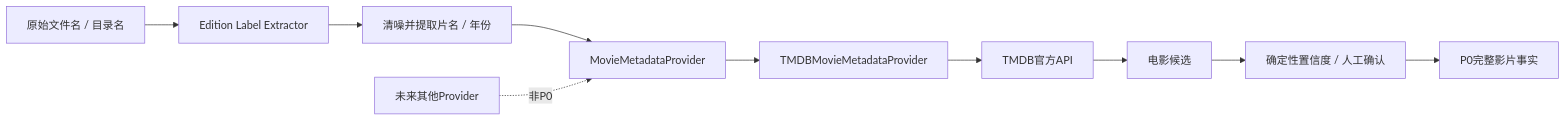
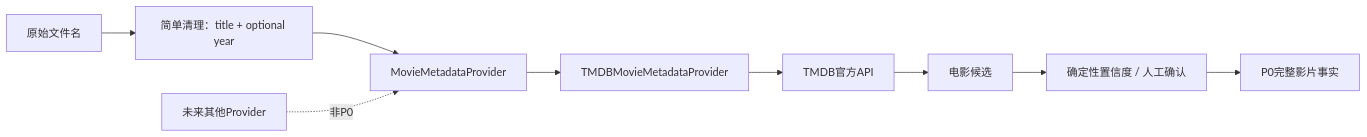
Before and after one commit to yuanchaoy03-dot/AI-Media-Center: diagram 22 of 30 in docs/02-系统架构设计文档.md, drawn with Mermaid. The commit also changed other lines of this file and 8 other files, not shown here.

````diff
--- a/docs/02-系统架构设计文档.md
+++ b/docs/02-系统架构设计文档.md
@@ -1697,12 +1711,11 @@
 ```mermaid
 flowchart LR
-    Raw["原始文件名 / 目录名"] --> Edition["Edition Label Extractor"]
-    Edition --> Parser["清噪并提取片名 / 年份"]
+    Raw["原始文件名"] --> Parser["简单清理：title + optional year"]
     Parser --> Port["MovieMetadataProvider"]
     Port --> P0["TMDBMovieMetadataProvider"]
     P0 --> API["TMDB官方API"]
     API --> Candidate["电影候选"]
     Candidate --> Match["确定性置信度 / 人工确认"]
     Match --> Details["P0完整影片事实"]
     Future["未来其他Provider"] -. "非P0" .-> Port
 ```
````
